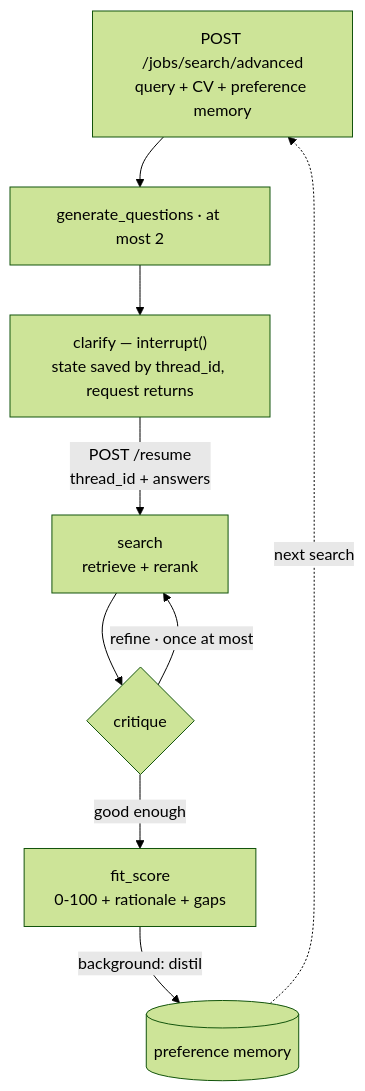
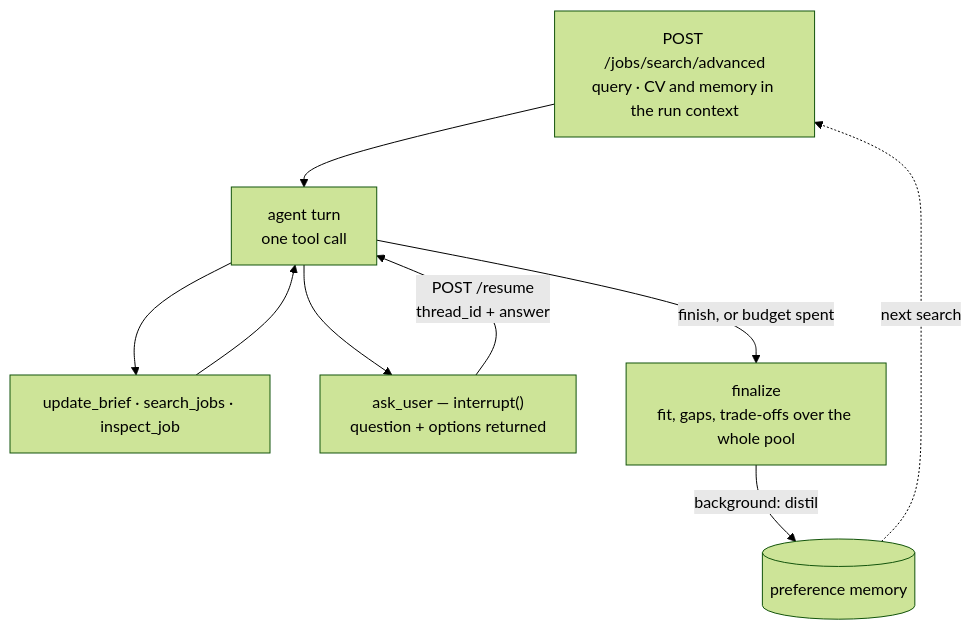
The fourth of 7 diagrams in README.md (LorenzoSchiroli/jobsifty), drawn with Mermaid (forest theme) before and after one commit. The commit also changed other lines of this file and 5 other files, not shown here.

Commit message:
feat(frontend): advanced search shows the brief, questions with options, summary and trade-offs per job; docs updated

````diff
--- a/README.md
+++ b/README.md
@@ -136,18 +137,17 @@
 ```mermaid
 flowchart TB
-    A["POST /jobs/search/advanced<br/>query + CV + preference memory"]
-    B["generate_questions · at most 2"]
-    C["clarify — interrupt()<br/>state saved by thread_id, request returns"]
-    E["search<br/>retrieve + rerank"]
-    F{"critique"}
-    G["fit_score<br/>0-100 + rationale + gaps"]
+    A["POST /jobs/search/advanced<br/>query · CV and memory in the run context"]
+    L["agent turn<br/>one tool call"]
+    T["update_brief · search_jobs · inspect_job"]
+    Q["ask_user — interrupt()<br/>question + options returned"]
+    F["finalize<br/>fit, gaps, trade-offs over the whole pool"]
     M[("preference memory")]
 
-    A --> B --> C
-    C -->|"POST /resume<br/>thread_id + answers"| E
-    E --> F
-    F -->|"refine · once at most"| E
-    F -->|"good enough"| G
-    G -->|"background: distil"| M
+    A --> L
+    L --> T --> L
+    L --> Q
+    Q -->|"POST /resume<br/>thread_id + answer"| L
+    L -->|"finish, or budget spent"| F
+    F -->|"background: distil"| M
     M -.->|"next search"| A
 ```
````
